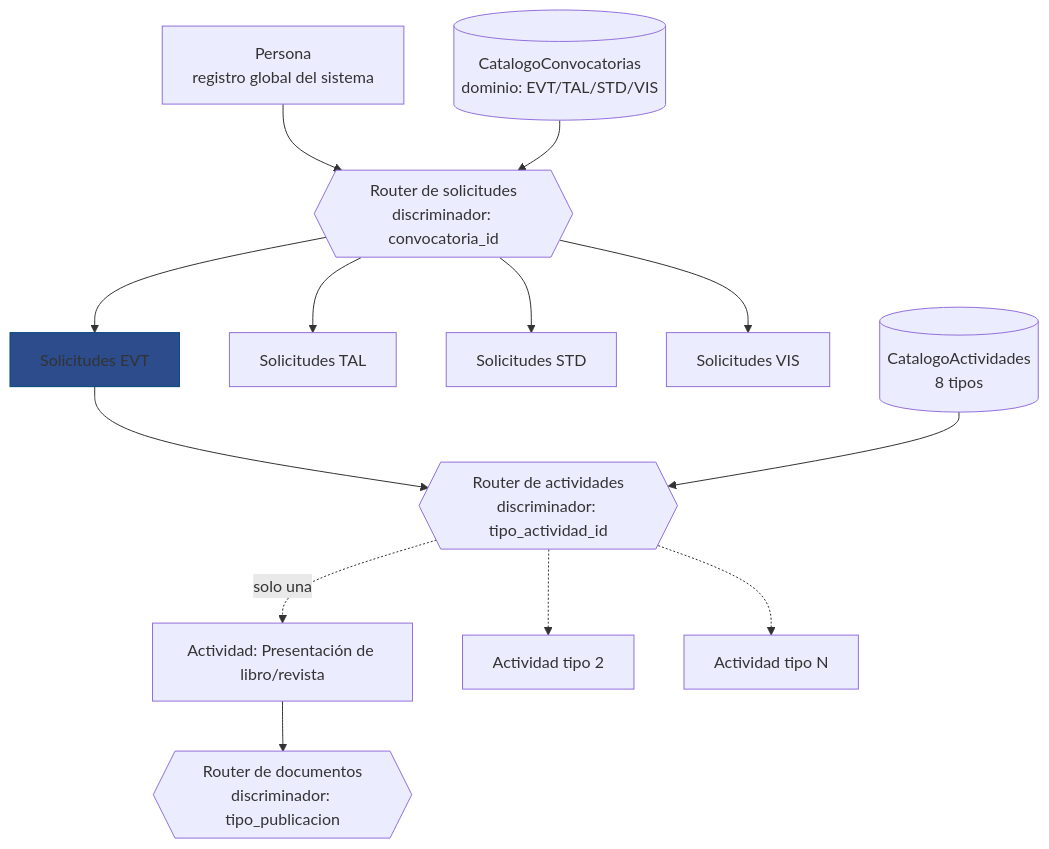
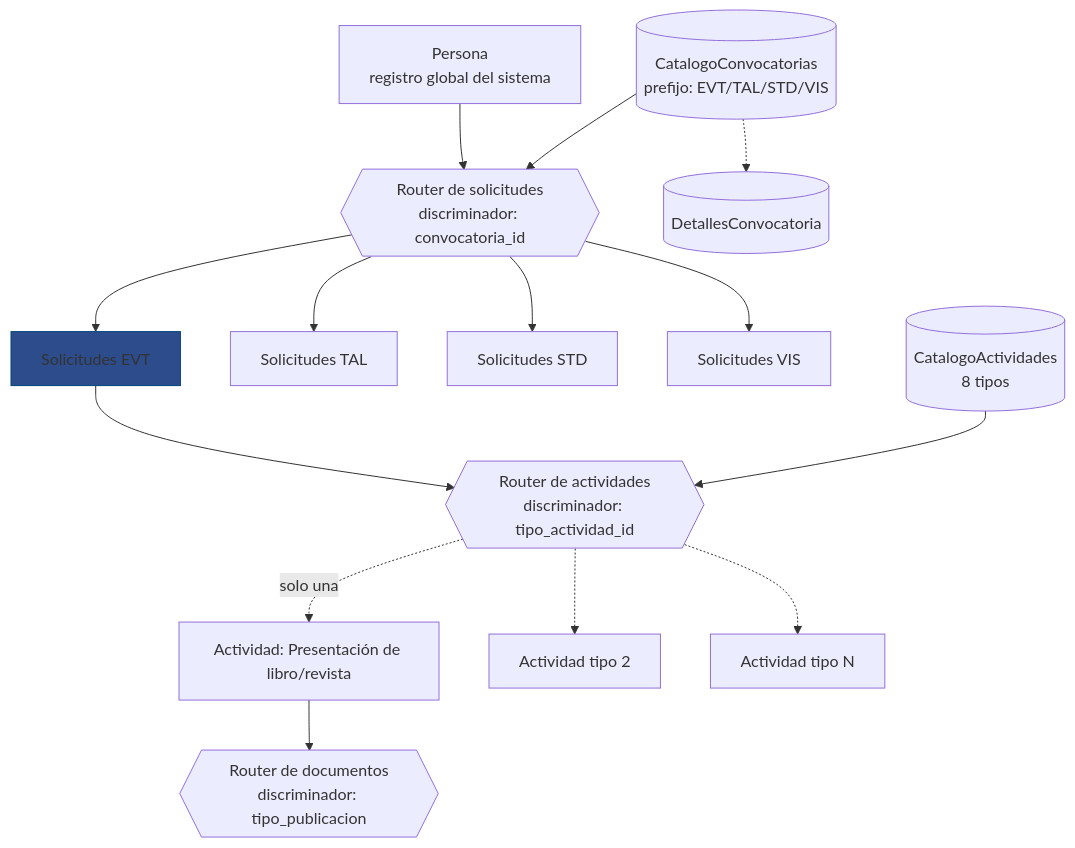
The first of 3 diagrams in docs/requisitos/EVT/Modelo de datos - Eventos.md (Proyectos-Vinculacion-FMAT/FILEYapp26), drawn with Mermaid before and after one commit. The commit also changed other lines of this file and 1 other file, not shown here.

First line of the commit message:
docs(EVT): corrige terminologia de discriminador y conecta DetallesConvocatoria

````diff
--- a/docs/requisitos/EVT/Modelo de datos - Eventos.md
+++ b/docs/requisitos/EVT/Modelo de datos - Eventos.md
@@ -53,39 +53,41 @@
 ```mermaid
 flowchart TD
     U[Persona<br/>registro global del sistema]
 
-    CC[(CatalogoConvocatorias<br/>dominio: EVT/TAL/STD/VIS)]
+    CC[(CatalogoConvocatorias<br/>prefijo: EVT/TAL/STD/VIS)]
+    DD[(DetallesConvocatoria)]
     RS{{Router de solicitudes<br/>discriminador: convocatoria_id}}
 
     S_EVT[Solicitudes EVT]
     S_TAL[Solicitudes TAL]
     S_STD[Solicitudes STD]
     S_VIS[Solicitudes VIS]
 
     CA[(CatalogoActividades<br/>8 tipos)]
     RA{{Router de actividades<br/>discriminador: tipo_actividad_id}}
 
     A_1[Actividad: Presentación de libro/revista]
     A_2[Actividad tipo 2]
     A_n[Actividad tipo N]
 
     RD{{Router de documentos<br/>discriminador: tipo_publicacion}}
 
     U --> RS
     CC --> RS
+    CC -.-> DD
     RS --> S_EVT
     RS --> S_TAL
     RS --> S_STD
     RS --> S_VIS
 
     S_EVT --> RA
     CA --> RA
 
     RA -.->|solo una| A_1
     RA -.-> A_2
     RA -.-> A_n
 
     A_1 --> RD
 
     style S_EVT fill:#2C4C8C , stroke:#01457C
 ```
````
